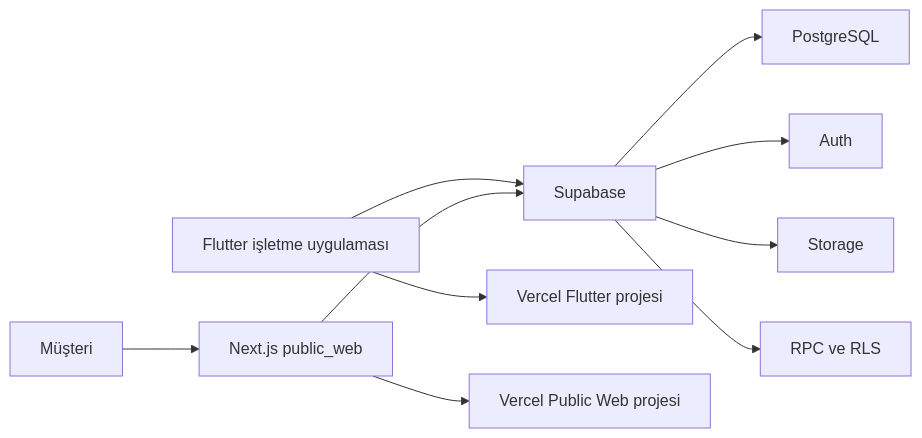
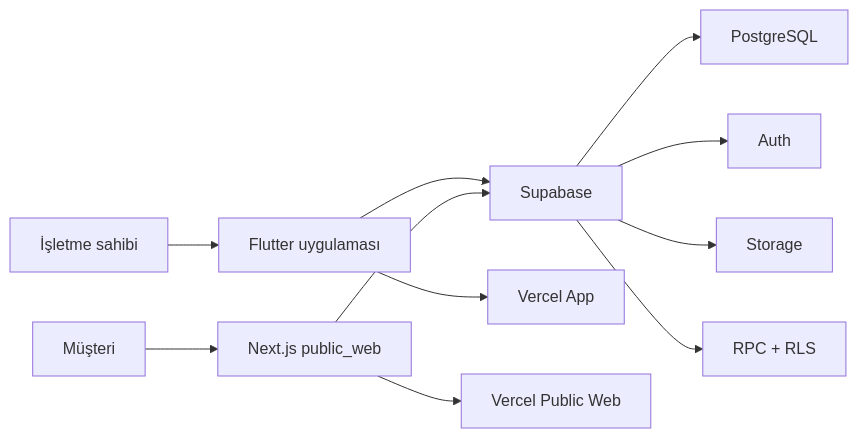
One commit to xpodiumyours/vixrex changed the diagram in README.md. Above: the diagram before and after it, drawn with Mermaid. The commit also changed other lines of this file, not shown here.

````diff
--- a/README.md
+++ b/README.md
@@ -85,12 +371,13 @@
 ```mermaid
 flowchart LR
-    A[Flutter işletme uygulaması] --> B[Supabase]
-    C[Next.js public_web] --> B
-    D[Müşteri] --> C
-    A --> E[Vercel Flutter projesi]
-    C --> F[Vercel Public Web projesi]
-    B --> G[PostgreSQL]
-    B --> H[Auth]
-    B --> I[Storage]
-    B --> J[RPC ve RLS]
+    OWNER[İşletme sahibi] --> FLUTTER[Flutter uygulaması]
+    FLUTTER --> SUPABASE[Supabase]
+    CUSTOMER[Müşteri] --> NEXT[Next.js public_web]
+    NEXT --> SUPABASE
+    SUPABASE --> POSTGRES[PostgreSQL]
+    SUPABASE --> AUTH[Auth]
+    SUPABASE --> STORAGE[Storage]
+    SUPABASE --> RPC[RPC + RLS]
+    FLUTTER --> VERCEL_APP[Vercel App]
+    NEXT --> VERCEL_WEB[Vercel Public Web]
 ```
````
